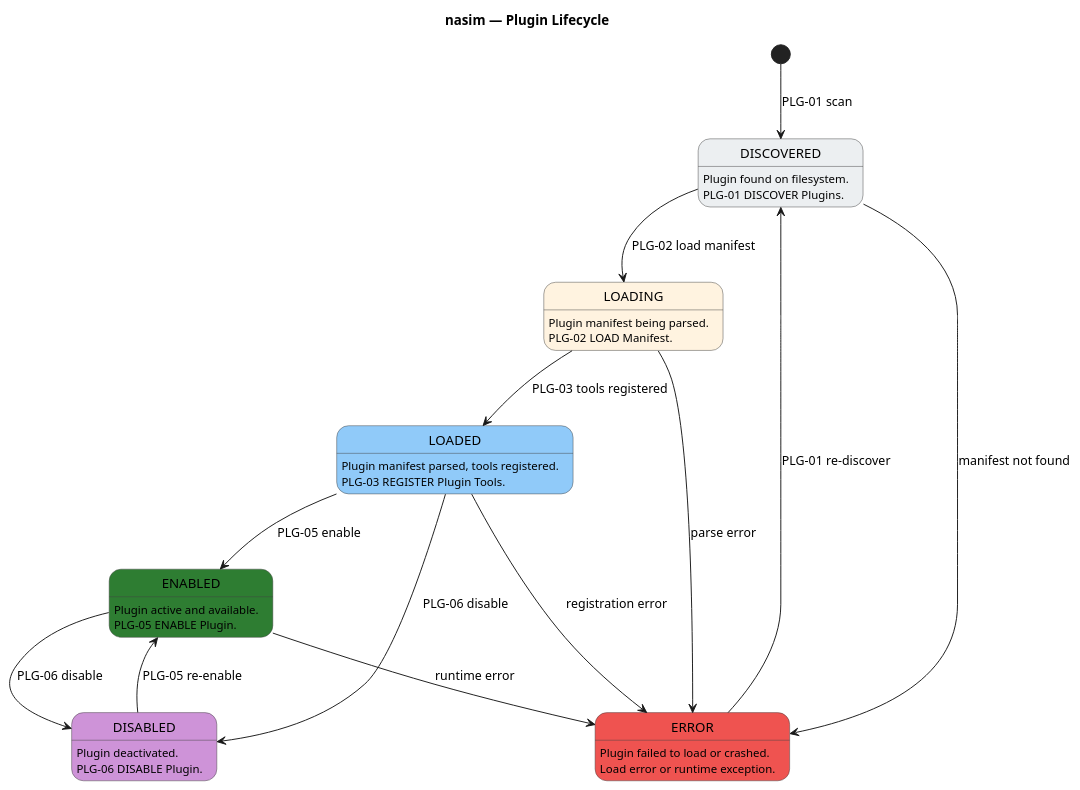
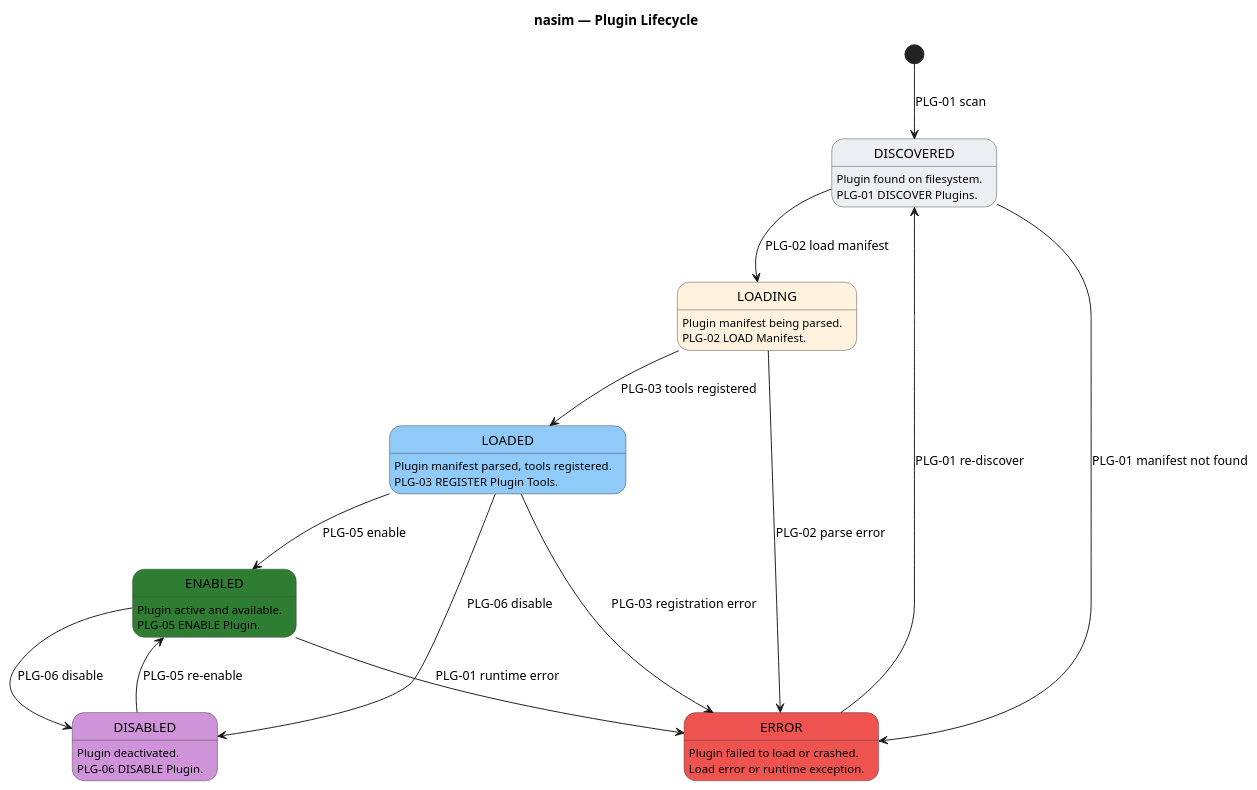
The third of 4 diagrams in SM.md (salimnamvar/nasim), drawn with PlantUML before and after one commit. The commit also changed other lines of this file and 9 other files, not shown here.

```diff
--- a/SM.md
+++ b/SM.md
@@ -302,59 +341,59 @@
 @startuml sm_plugin_lifecycle
 ' ============================================================
 ' Title:     nasim — Plugin Lifecycle State Machine
 ' Boundary:  nasim code agent
 ' Purpose:   Entity lifecycle for Plugin (persisted in config)
 ' Milestone: v1.0
 ' Version:   1.0.0
 ' Source:    docs/UC/README.md
 ' Review:    docs/audit/audit.2026.06.20.sq-sm-chain.car.md
 ' ============================================================
 
 title nasim — Plugin Lifecycle
 
 skinparam state {
   BackgroundColor #FFFFFF
   BorderColor #424242
   FontColor #000000
 }
 
 [*] --> DISCOVERED : PLG-01 scan
 
 state "DISCOVERED" as DISCOVERED #ECEFF1
 DISCOVERED : Plugin found on filesystem.
 DISCOVERED : PLG-01 DISCOVER Plugins.
 
 state "LOADING" as LOADING #FFF3E0
 LOADING : Plugin manifest being parsed.
 LOADING : PLG-02 LOAD Manifest.
 
 state "LOADED" as LOADED #90CAF9
 LOADED : Plugin manifest parsed, tools registered.
 LOADED : PLG-03 REGISTER Plugin Tools.
 
 state "ENABLED" as ENABLED #2E7D32
 ENABLED : Plugin active and available.
 ENABLED : PLG-05 ENABLE Plugin.
 
 state "DISABLED" as DISABLED #CE93D8
 DISABLED : Plugin deactivated.
 DISABLED : PLG-06 DISABLE Plugin.
 
 state "ERROR" as ERROR #EF5350
 ERROR : Plugin failed to load or crashed.
 ERROR : Load error or runtime exception.
 
 DISCOVERED --> LOADING : PLG-02 load manifest
-DISCOVERED --> ERROR : manifest not found
+DISCOVERED --> ERROR : PLG-01 manifest not found
 LOADING --> LOADED : PLG-03 tools registered
-LOADING --> ERROR : parse error
+LOADING --> ERROR : PLG-02 parse error
 LOADED --> ENABLED : PLG-05 enable
 LOADED --> DISABLED : PLG-06 disable
 ENABLED --> DISABLED : PLG-06 disable
 DISABLED --> ENABLED : PLG-05 re-enable
-ENABLED --> ERROR : runtime error
-LOADED --> ERROR : registration error
+ENABLED --> ERROR : PLG-01 runtime error
+LOADED --> ERROR : PLG-03 registration error
 
 ERROR --> DISCOVERED : PLG-01 re-discover
 
 @enduml
```
